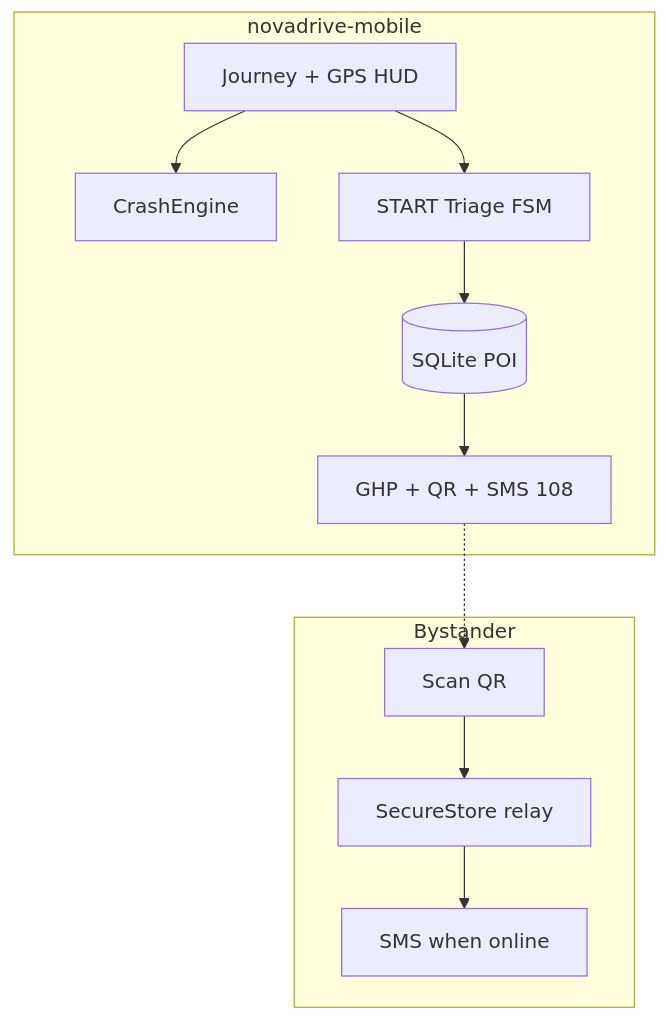
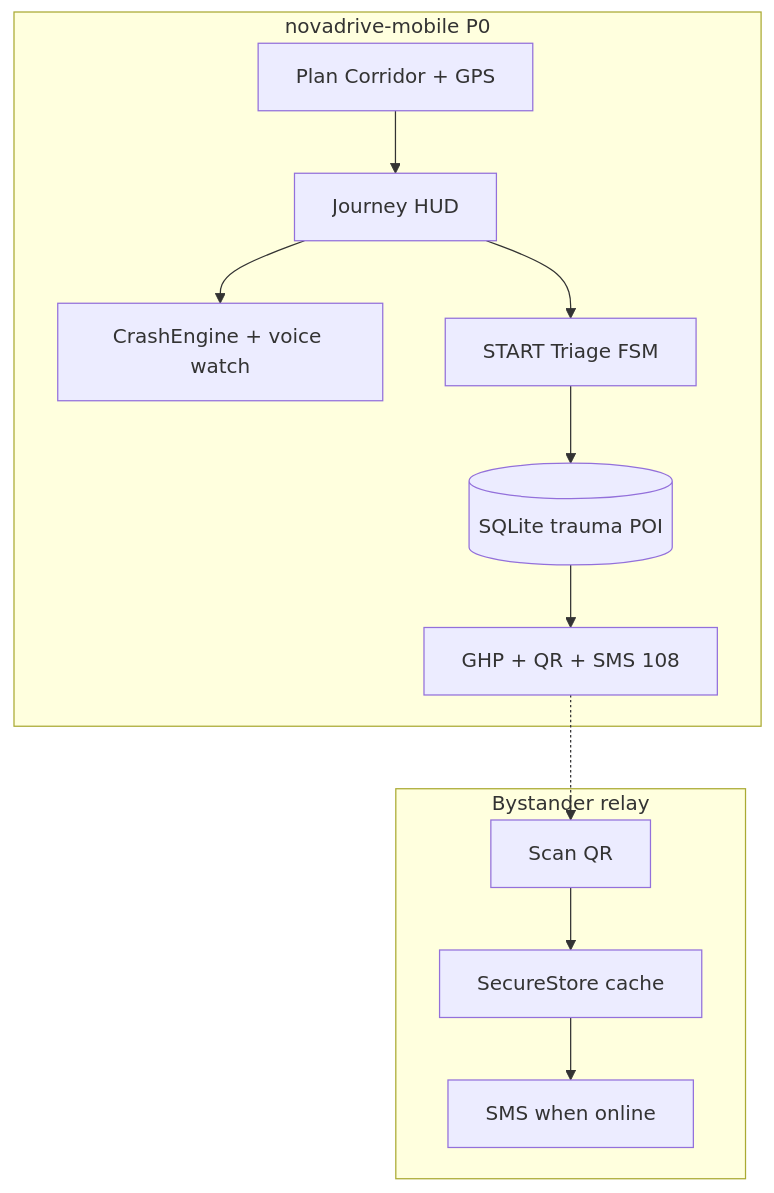
One commit to Stormynubee/novadrive changed the second of 2 diagrams in README.md. Above: the diagram before and after it, drawn with Mermaid. The commit also changed other lines of this file and 52 other files, not shown here.

````diff
--- a/README.md
+++ b/README.md
@@ -84,21 +55,23 @@
 ```mermaid
 flowchart TB
-  subgraph mobile [novadrive-mobile]
-    J[Journey + GPS HUD]
-    C[CrashEngine]
+  subgraph mobile [novadrive-mobile P0]
+    Plan[Plan Corridor + GPS]
+    J[Journey HUD]
+    C[CrashEngine + voice watch]
     S[START Triage FSM]
-    DB[(SQLite POI)]
+    DB[(SQLite trauma POI)]
     G[GHP + QR + SMS 108]
+    Plan --> J
     J --> C
     J --> S
     S --> DB
     DB --> G
   end
-  subgraph relay [Bystander]
+  subgraph relay [Bystander relay]
     QR[Scan QR]
-    RS[SecureStore relay]
+    RS[SecureStore cache]
     SMS[SMS when online]
     QR --> RS --> SMS
   end
   G -.-> QR
 ```
````
